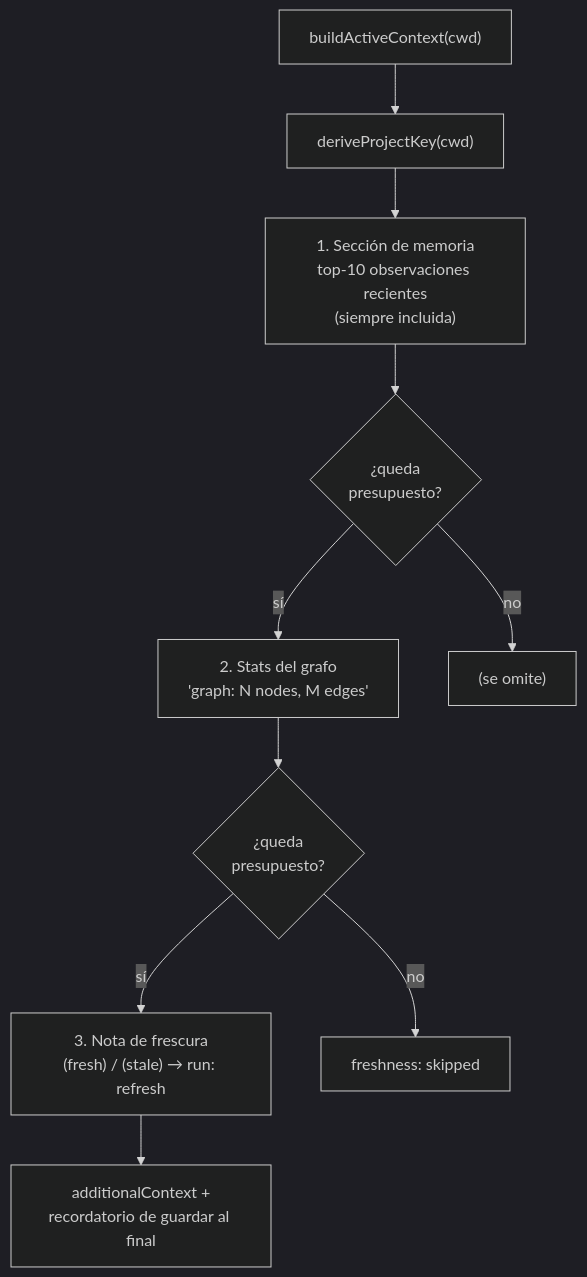
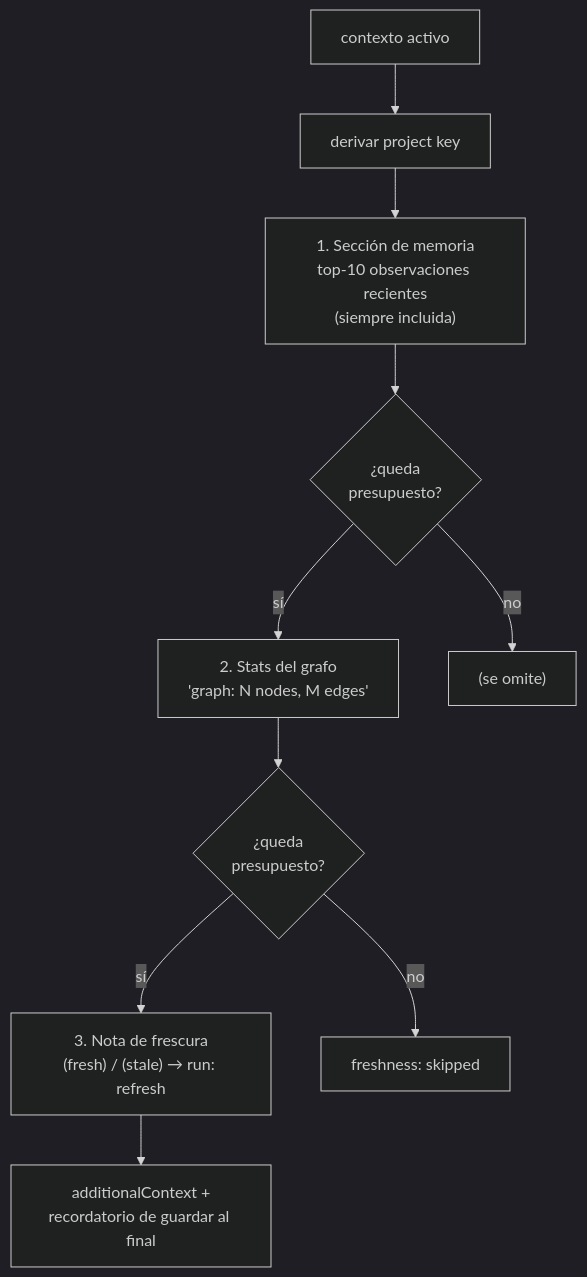
The second of 3 diagrams in docs/concepts/06-hooks-e-inyeccion.md (Kolimar/leina), drawn with Mermaid (dark theme) before and after one commit. The commit also changed other lines of this file and 22 other files, not shown here.

````diff
--- a/docs/concepts/06-hooks-e-inyeccion.md
+++ b/docs/concepts/06-hooks-e-inyeccion.md
@@ -70,12 +66,12 @@
 ```mermaid
 flowchart TD
-    start["buildActiveContext(cwd)"] --> key["deriveProjectKey(cwd)"]
+    start["contexto activo"] --> key["derivar project key"]
     key --> mem["1. Sección de memoria<br/>top-10 observaciones recientes<br/>(siempre incluida)"]
     mem --> budget1{¿queda<br/>presupuesto?}
     budget1 -->|sí| gstats["2. Stats del grafo<br/>'graph: N nodes, M edges'"]
     budget1 -->|no| skip1["(se omite)"]
     gstats --> budget2{¿queda<br/>presupuesto?}
     budget2 -->|sí| fresh["3. Nota de frescura<br/>(fresh) / (stale) → run: refresh"]
     budget2 -->|no| skip2["freshness: skipped"]
     fresh --> out["additionalContext +<br/>recordatorio de guardar al final"]
 ```
````
